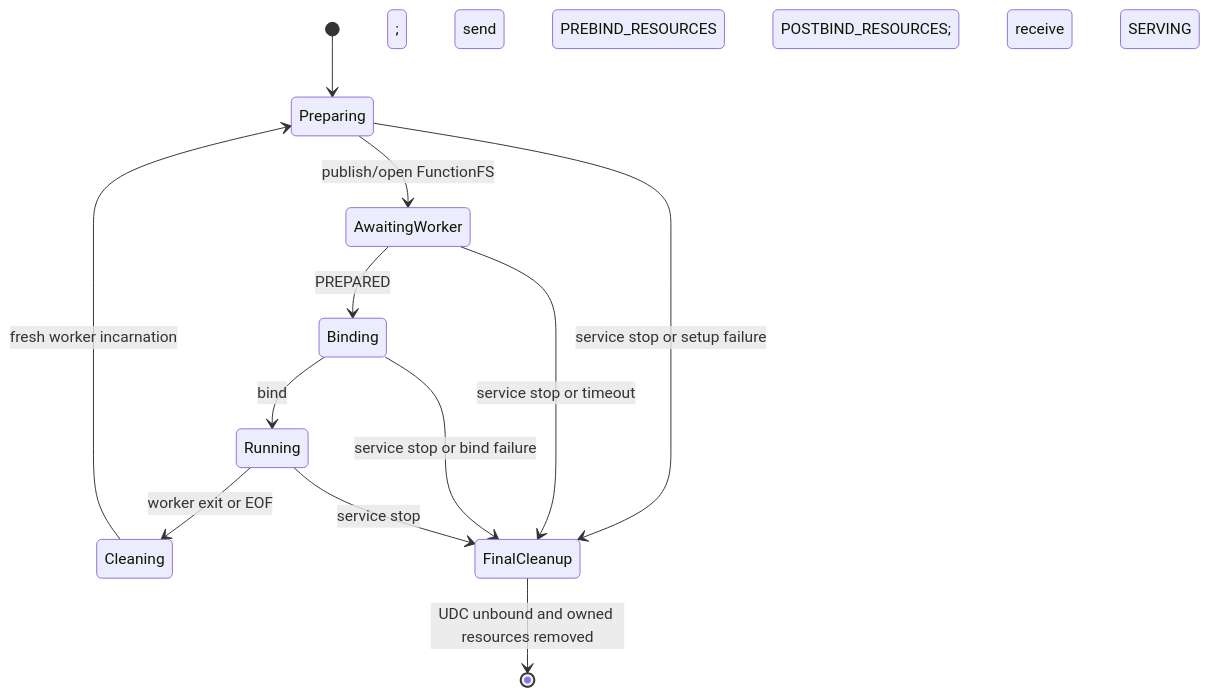
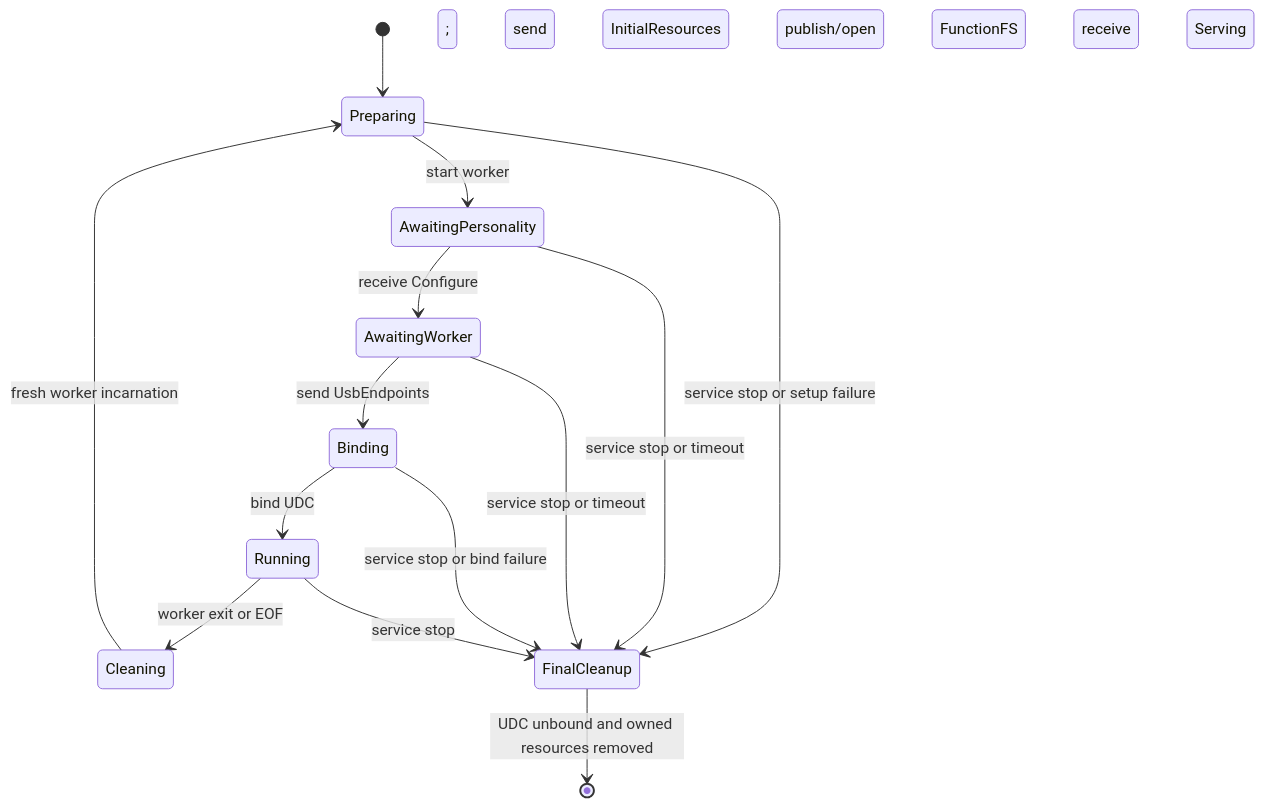
Before and after one commit to qpernil/virtual-yubikey: the fifth of 5 diagrams in docs/usb-gadget-architecture.md, drawn with Mermaid. The commit also changed other lines of this file and 11 other files, not shown here.

Commit message:
Adopt worker-owned USB personality protocol

````diff
--- a/docs/usb-gadget-architecture.md
+++ b/docs/usb-gadget-architecture.md
@@ -588,14 +565,16 @@
 ```mermaid
 stateDiagram-v2
     [*] --> Preparing
-    Preparing --> AwaitingWorker: publish/open FunctionFS; send PREBIND_RESOURCES
-    AwaitingWorker --> Binding: PREPARED
-    Binding --> Running: bind; send POSTBIND_RESOURCES; receive SERVING
+    Preparing --> AwaitingPersonality: start worker; send InitialResources
+    AwaitingPersonality --> AwaitingWorker: receive Configure; publish/open FunctionFS
+    AwaitingWorker --> Binding: send UsbEndpoints; receive Serving
+    Binding --> Running: bind UDC
     Running --> Cleaning: worker exit or EOF
     Cleaning --> Preparing: fresh worker incarnation
     Preparing --> FinalCleanup: service stop or setup failure
+    AwaitingPersonality --> FinalCleanup: service stop or timeout
     AwaitingWorker --> FinalCleanup: service stop or timeout
     Binding --> FinalCleanup: service stop or bind failure
     Running --> FinalCleanup: service stop
     FinalCleanup --> [*]: UDC unbound and owned resources removed
 ```
````
